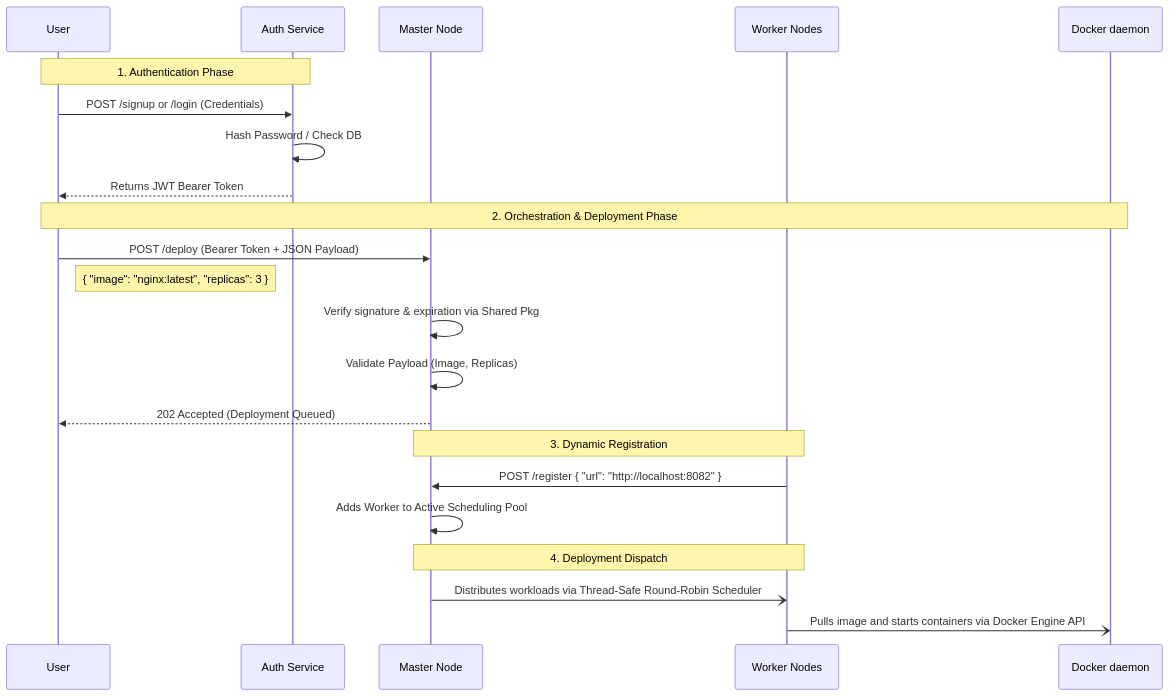
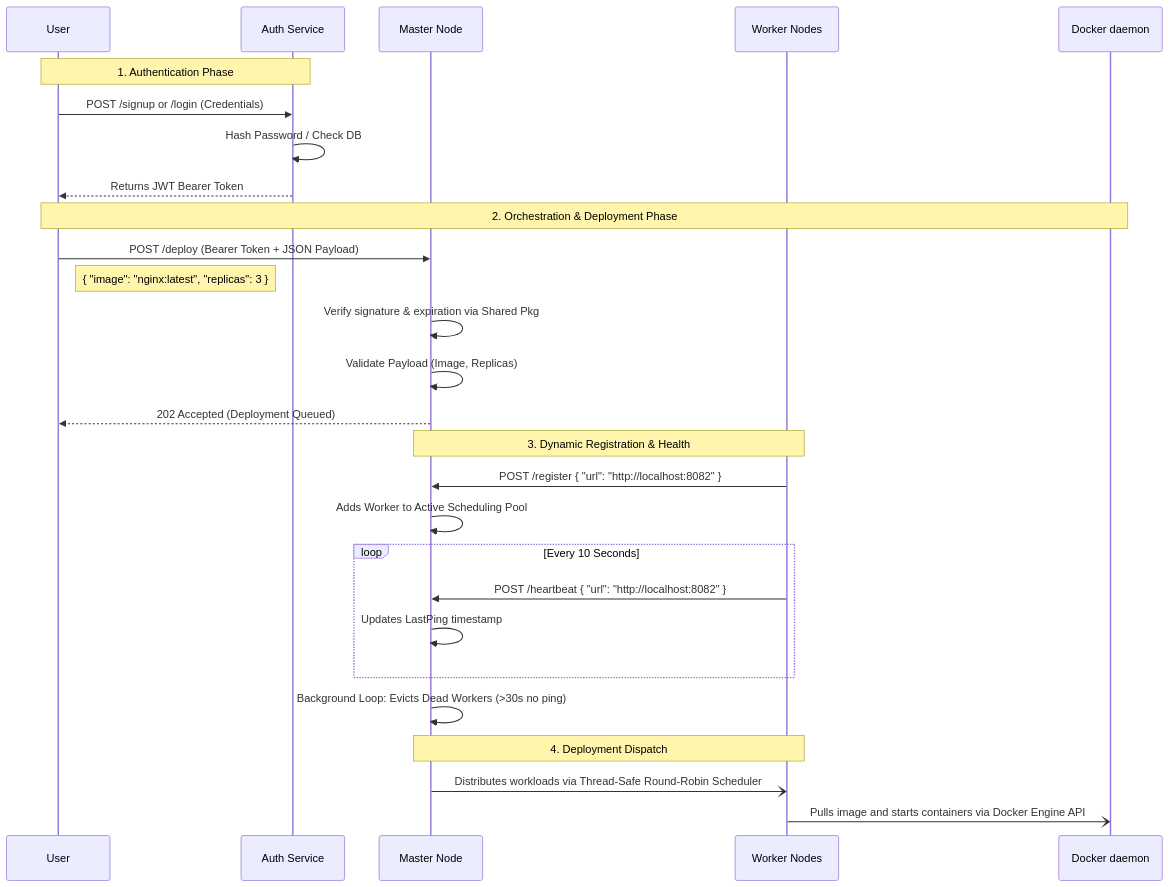
The diagram in README.md (Surajit09636/mini-kn8s), drawn with Mermaid before and after one commit. The commit also changed other lines of this file and 5 other files, not shown here.

Commit message:
implement the self healing (Worker HEalth check& HEartbeat)

````diff
--- a/README.md
+++ b/README.md
@@ -9,28 +9,33 @@
 ```mermaid
 sequenceDiagram
     participant User
     participant Auth as Auth Service
     participant Master as Master Node
     participant Worker as Worker Nodes
     participant Docker as Docker daemon
 
     Note over User,Auth: 1. Authentication Phase
     User->>Auth: POST /signup or /login (Credentials)
     Auth->>Auth: Hash Password / Check DB
     Auth-->>User: Returns JWT Bearer Token
 
     Note over User,Docker: 2. Orchestration & Deployment Phase
     User->>Master: POST /deploy (Bearer Token + JSON Payload)
     note right of User: { "image": "nginx:latest", "replicas": 3 }
 
     Master->>Master: Verify signature & expiration via Shared Pkg
     Master->>Master: Validate Payload (Image, Replicas)
     Master-->>User: 202 Accepted (Deployment Queued)
-    Note over Master,Worker: 3. Dynamic Registration
+    Note over Master,Worker: 3. Dynamic Registration & Health
     Worker->>Master: POST /register { "url": "http://localhost:8082" }
     Master->>Master: Adds Worker to Active Scheduling Pool
+    loop Every 10 Seconds
+        Worker->>Master: POST /heartbeat { "url": "http://localhost:8082" }
+        Master->>Master: Updates LastPing timestamp
+    end
+    Master->>Master: Background Loop: Evicts Dead Workers (>30s no ping)
 
     Note over Master,Worker: 4. Deployment Dispatch
     Master-)Worker: Distributes workloads via Thread-Safe Round-Robin Scheduler
     Worker-)Docker: Pulls image and starts containers via Docker Engine API
 ```
````
